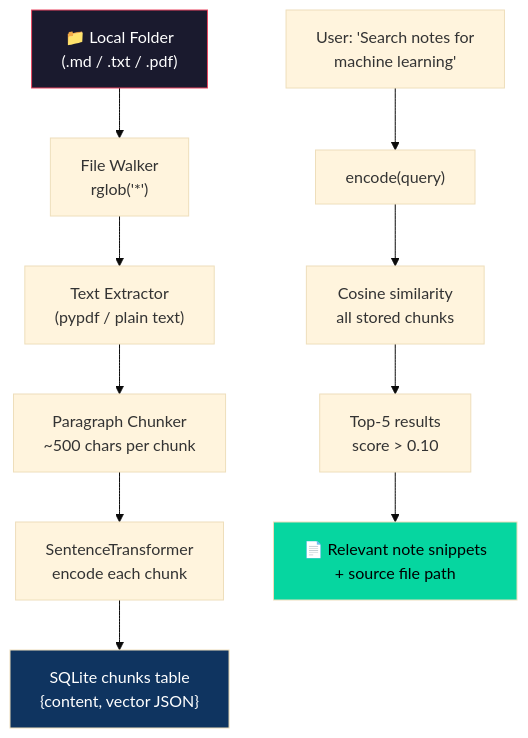
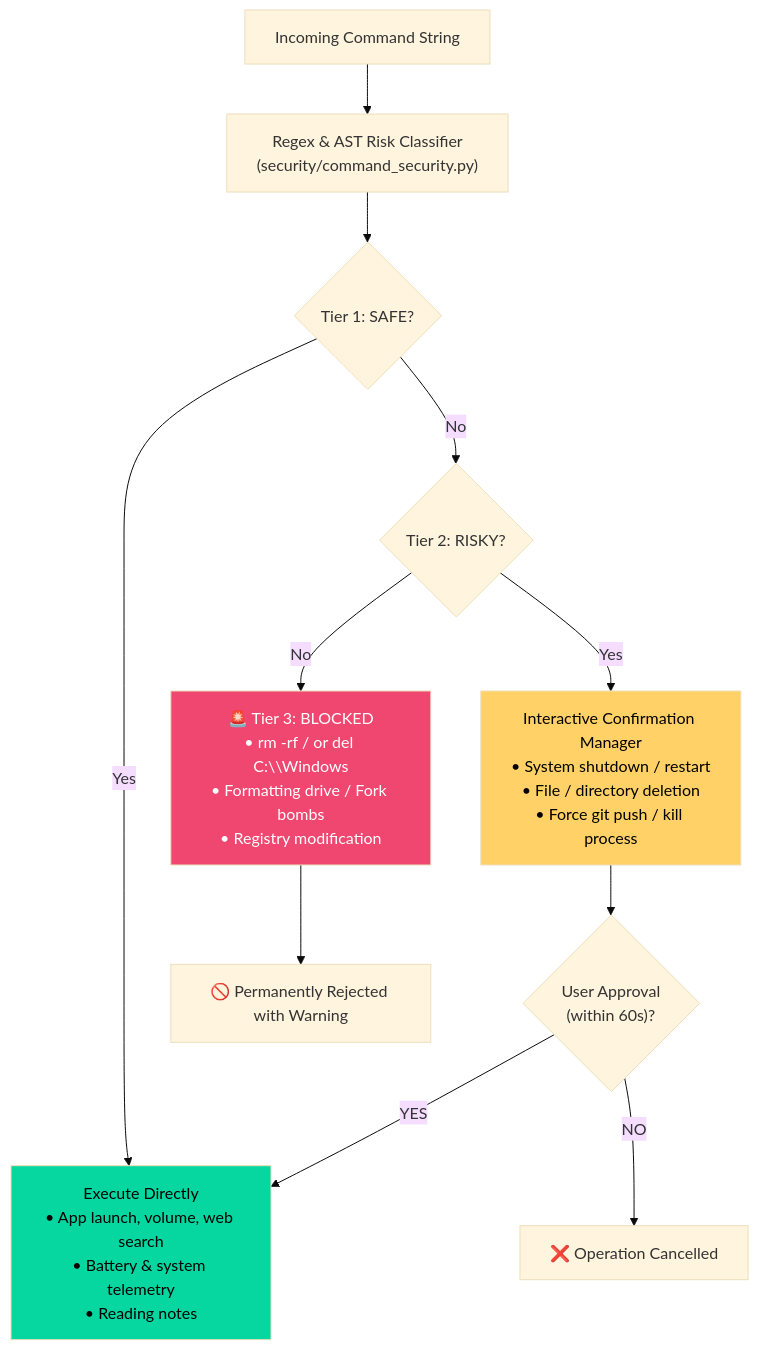
The sixth of 6 diagrams in README.md (wraith-klu/Cheeni), drawn with Mermaid (base theme) before and after one commit. The commit also changed other lines of this file and 185 other files, not shown here.

Commit message:
feat: implement core agent architecture, ML notebooks, tools, and frontend workspace

````diff
--- a/README.md
+++ b/README.md
@@ -342,17 +552,20 @@
 ```mermaid
 flowchart TD
-    A["📁 Local Folder\n(.md / .txt / .pdf)"] --> B["File Walker\nrglob('*')"]
-    B --> C["Text Extractor\n(pypdf / plain text)"]
-    C --> D["Paragraph Chunker\n~500 chars per chunk"]
-    D --> E["SentenceTransformer\nencode each chunk"]
-    E --> F["SQLite chunks table\n{content, vector JSON}"]
+    CMD["Incoming Command String"] --> CLASSIFY["Regex & AST Risk Classifier\n(security/command_security.py)"]
+    
+    CLASSIFY --> TIER1{"Tier 1: SAFE?"}
+    TIER1 -- Yes --> EXEC["Execute Directly\n• App launch, volume, web search\n• Battery & system telemetry\n• Reading notes"]
+    
+    TIER1 -- No --> TIER2{"Tier 2: RISKY?"}
+    TIER2 -- Yes --> CONFIRM["Interactive Confirmation Manager\n• System shutdown / restart\n• File / directory deletion\n• Force git push / kill process"]
+    CONFIRM --> USER{"User Approval\n(within 60s)?"}
+    USER -- YES --> EXEC
+    USER -- NO --> ABORT["❌ Operation Cancelled"]
 
-    G["User: 'Search notes for\nmachine learning'"] --> H["encode(query)"]
-    H --> I["Cosine similarity\nall stored chunks"]
-    I --> J["Top-5 results\nscore > 0.10"]
-    J --> K["📄 Relevant note snippets\n+ source file path"]
+    TIER2 -- No --> BLOCK["🚨 Tier 3: BLOCKED\n• rm -rf / or del C:\\Windows\n• Formatting drive / Fork bombs\n• Registry modification"]
+    BLOCK --> DENY["🚫 Permanently Rejected with Warning"]
 
-    style A fill:#1a1a2e,stroke:#e94560,color:#fff
-    style F fill:#0f3460,color:#fff
-    style K fill:#06d6a0,color:#000
+    style EXEC fill:#06d6a0,color:#000
+    style CONFIRM fill:#ffd166,color:#000
+    style BLOCK fill:#ef476f,color:#fff
 ```
````
